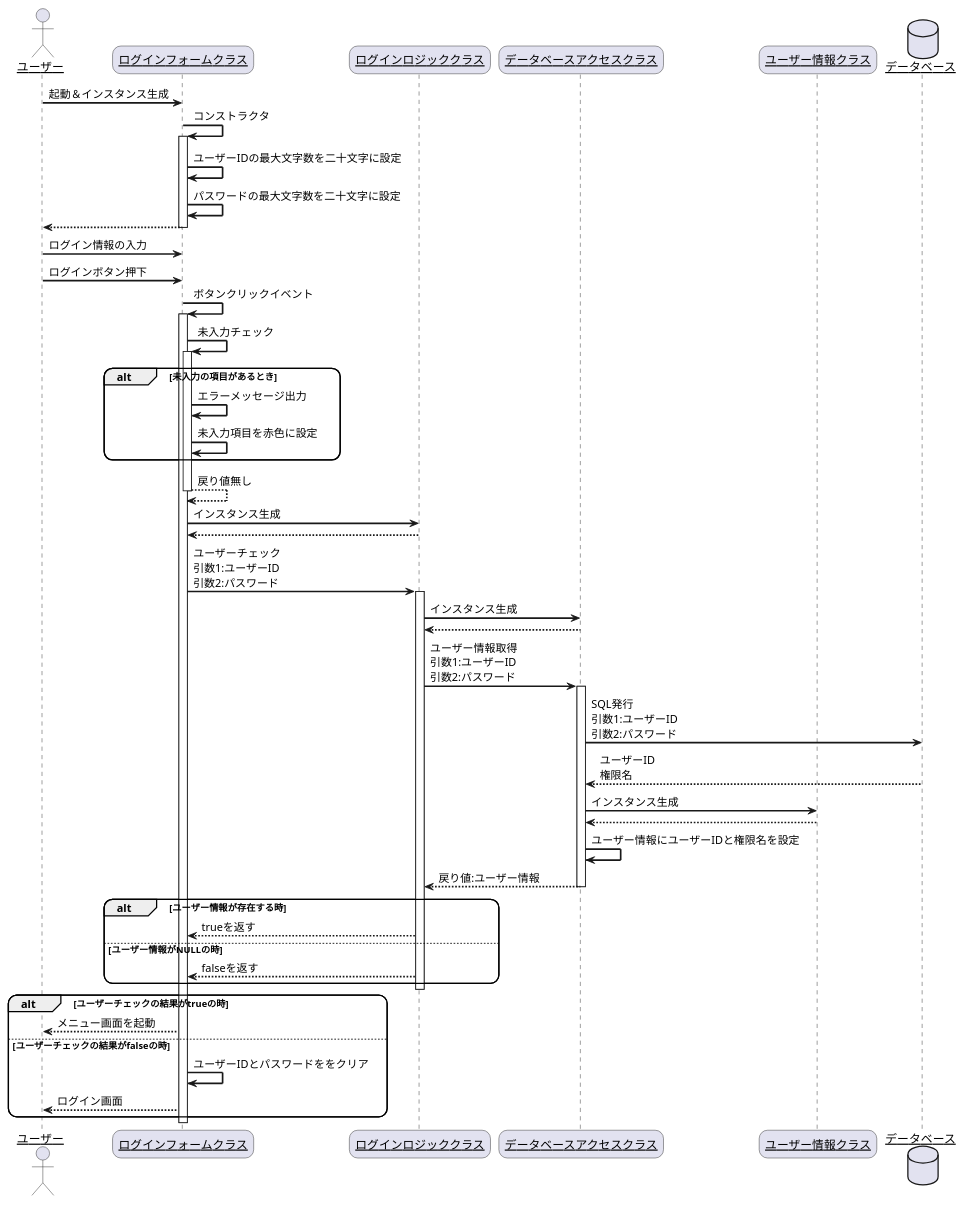
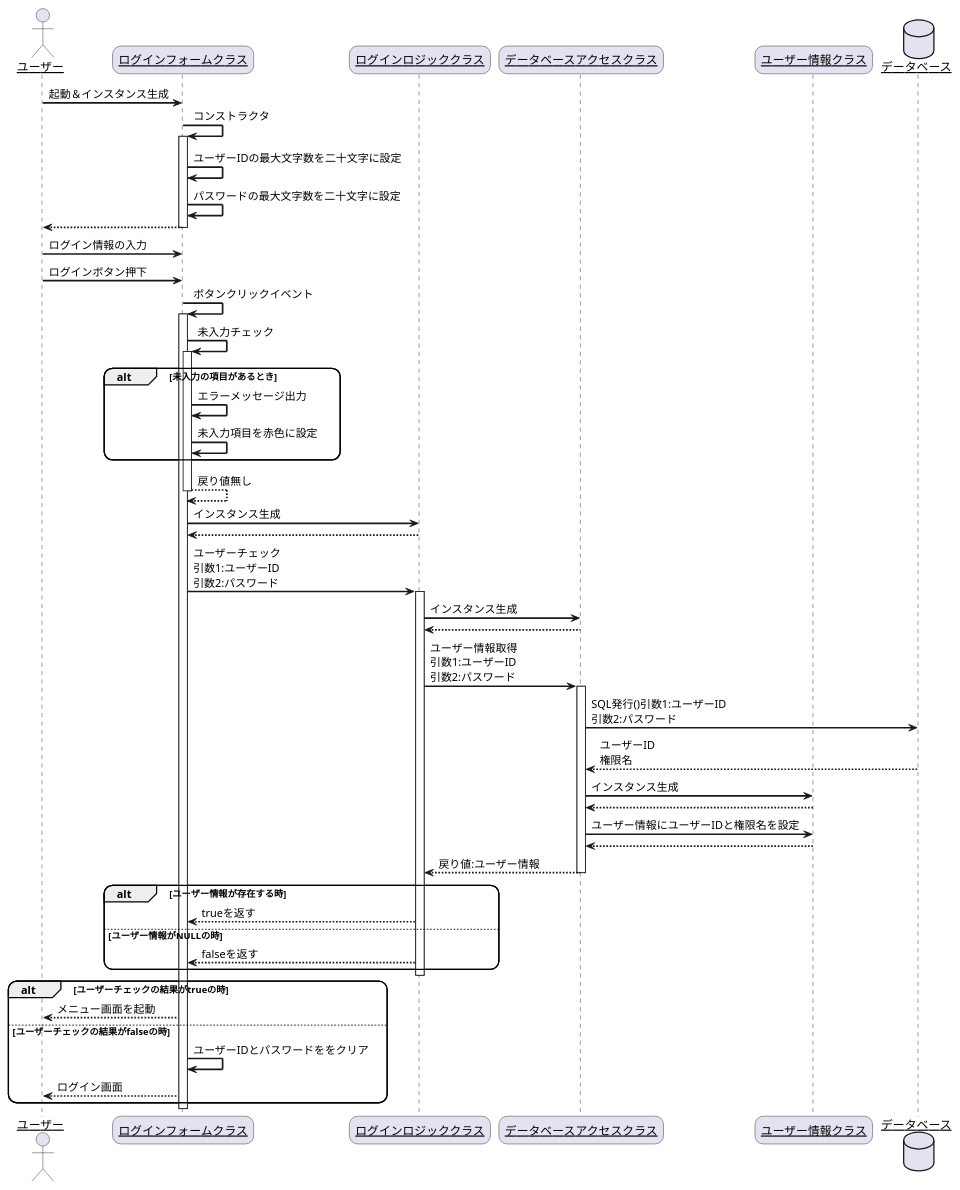
One commit to R-SAIKI/practiceUML changed the diagram in シーケンス図/ログイン.pu. Above: the diagram before and after it, drawn with PlantUML. The commit also changed 9 other files, not shown here.

Commit message:
ファイルパスの変更・クラス図の修正

```diff
--- a/シーケンス図/ログイン.pu
+++ b/シーケンス図/ログイン.pu
@@ -1,67 +1,68 @@
 @startuml
 skinparam sequenceArrowThickness 2
 skinparam roundcorner 20
 skinparam maxmessagesize 60
 skinparam sequenceParticipant underline
 
 actor "ユーザー" as user
 participant "ログインフォームクラス" as login_form
 participant "ログインロジッククラス" as login_logic
 participant "データベースアクセスクラス" as data_acces
 participant "ユーザー情報クラス" as user_info
 database "データベース" as db
 
 user -> login_form: 起動＆インスタンス生成
 login_form -> login_form: コンストラクタ
 activate login_form
 login_form -> login_form:ユーザーIDの最大文字数を二十文字に設定
 login_form -> login_form:パスワードの最大文字数を二十文字に設定
 
 login_form --> user:
 deactivate login_form
 user -> login_form: ログイン情報の入力
 user -> login_form: ログインボタン押下
 login_form -> login_form: ボタンクリックイベント
 activate login_form
 
 login_form -> login_form: 未入力チェック
 activate login_form
 alt 未入力の項目があるとき
     login_form -> login_form: エラーメッセージ出力
     login_form -> login_form: 未入力項目を赤色に設定
 end
 login_form --> login_form:戻り値無し
 deactivate login_form
 login_form -> login_logic: インスタンス生成
 login_logic --> login_form:
 login_form -> login_logic: ユーザーチェック 引数1:ユーザーID 引数2:パスワード
 activate login_logic
 
 login_logic -> data_acces: インスタンス生成
 data_acces --> login_logic:
 login_logic -> data_acces: ユーザー情報取得 引数1:ユーザーID 引数2:パスワード
 activate data_acces
 
 
-data_acces -> db: SQL発行 引数1:ユーザーID 引数2:パスワード
+data_acces -> db: SQL発行()引数1:ユーザーID 引数2:パスワード
 db --> data_acces: ユーザーID 権限名
 data_acces -> user_info: インスタンス生成
 user_info --> data_acces:
-data_acces -> data_acces: ユーザー情報にユーザーIDと権限名を設定
+data_acces -> user_info: ユーザー情報にユーザーIDと権限名を設定
+user_info --> data_acces:
 data_acces --> login_logic: 戻り値:ユーザー情報
 deactivate data_acces
 alt ユーザー情報が存在する時
     login_logic --> login_form: trueを返す
 else ユーザー情報がNULLの時
     login_logic --> login_form: falseを返す
 end
 deactivate login_logic
 alt ユーザーチェックの結果がtrueの時
     login_form --> user: メニュー画面を起動
 else ユーザーチェックの結果がfalseの時
     login_form -> login_form: ユーザーIDとパスワードををクリア
     login_form --> user: ログイン画面
 end
 deactivate login_form
 
 @enduml
```
